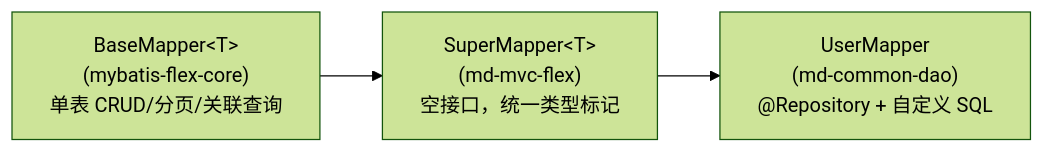
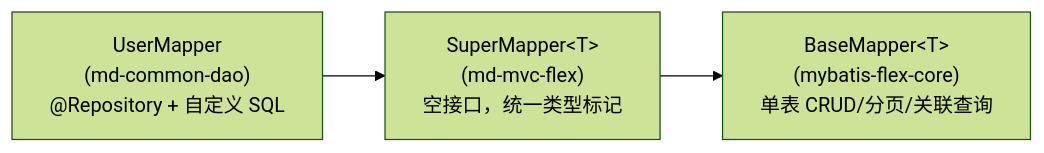
Before and after one commit to henhen6/mdp-docs: the diagram in src/doc/source/md-public/md-common-dao.md, drawn with Mermaid (forest theme). The commit also changed other lines of this file and 4 other files, not shown here.

````diff
--- a/src/doc/source/md-public/md-common-dao.md
+++ b/src/doc/source/md-public/md-common-dao.md
@@ -25,4 +25,4 @@
 ```mermaid
 flowchart LR
-    BM["BaseMapper&lt;T&gt;<br/>(mybatis-flex-core)<br/>单表 CRUD/分页/关联查询"] --> SM["SuperMapper&lt;T&gt;<br/>(md-mvc-flex)<br/>空接口，统一类型标记"] --> UM["UserMapper<br/>(md-common-dao)<br/>@Repository + 自定义 SQL"]
+    UM["UserMapper<br/>(md-common-dao)<br/>@Repository + 自定义 SQL"] --> SM["SuperMapper&lt;T&gt;<br/>(md-mvc-flex)<br/>空接口，统一类型标记"] --> BM["BaseMapper&lt;T&gt;<br/>(mybatis-flex-core)<br/>单表 CRUD/分页/关联查询"]
 ```
````
